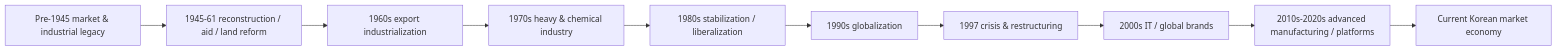
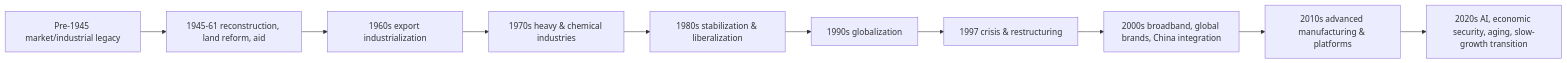
One commit to hunggtham/learning-docs changed the diagram in korea_business_economy_knowledge_library/00_economic_model_and_history.md. Above: the diagram before and after it, drawn with Mermaid. The commit also changed other lines of this file, not shown here.

Commit message:
Rewrite current Korean economic model bridge chapter

````diff
--- a/korea_business_economy_knowledge_library/00_economic_model_and_history.md
+++ b/korea_business_economy_knowledge_library/00_economic_model_and_history.md
@@ -9,12 +15,12 @@
 ```mermaid
 graph LR
-    A[Pre-1945 market & industrial legacy] --> B[1945-61 reconstruction / aid / land reform]
+    A[Pre-1945 market/industrial legacy] --> B[1945-61 reconstruction, land reform, aid]
     B --> C[1960s export industrialization]
-    C --> D[1970s heavy & chemical industry]
-    D --> E[1980s stabilization / liberalization]
+    C --> D[1970s heavy & chemical industries]
+    D --> E[1980s stabilization & liberalization]
     E --> F[1990s globalization]
     F --> G[1997 crisis & restructuring]
-    G --> H[2000s IT / global brands]
-    H --> I[2010s-2020s advanced manufacturing / platforms]
-    I --> J[Current Korean market economy]
+    G --> H[2000s broadband, global brands, China integration]
+    H --> I[2010s advanced manufacturing & platforms]
+    I --> J[2020s AI, economic security, aging, slow-growth transition]
 ```
````
